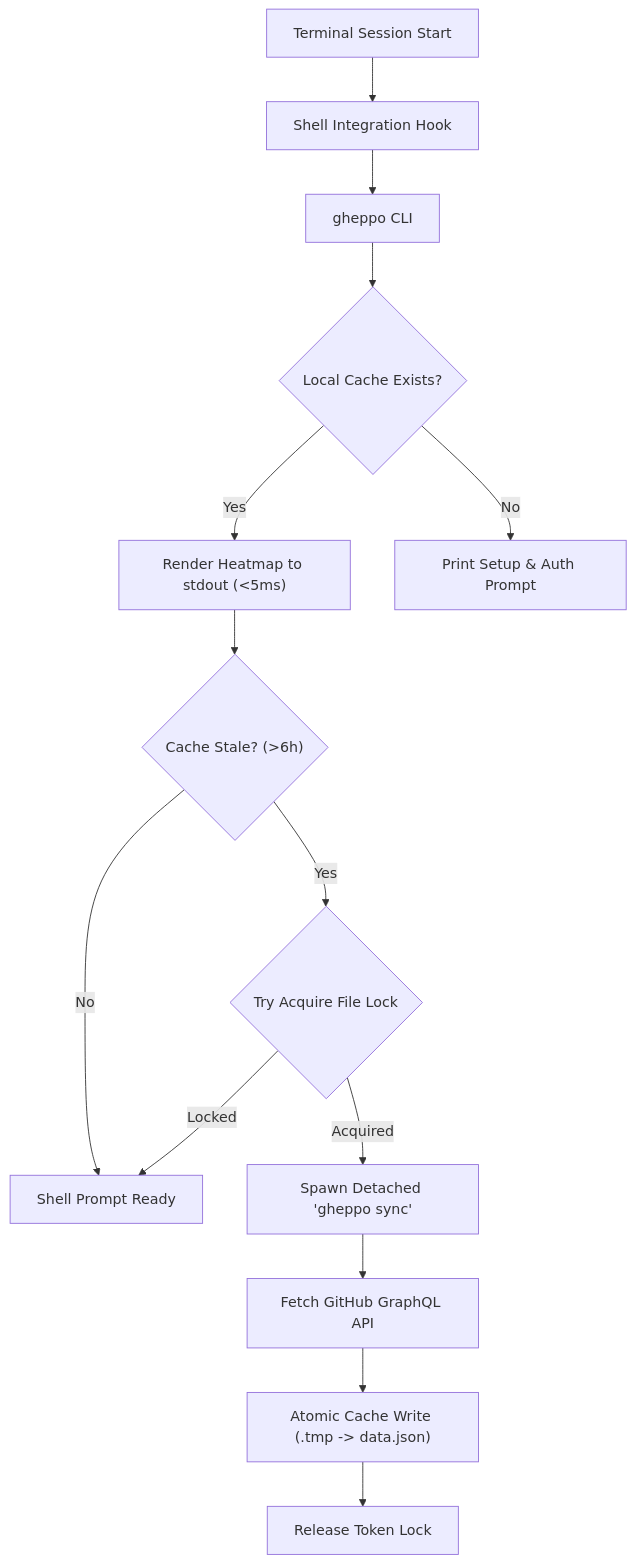
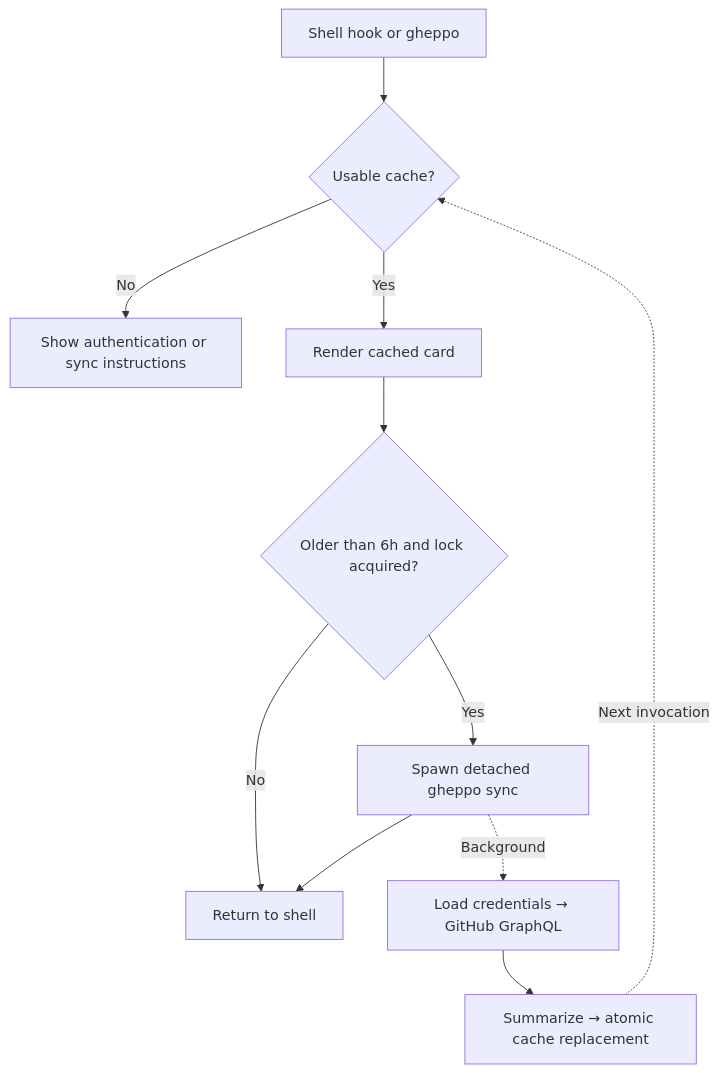
One commit to dexisback/gheppo changed the diagram in README.md. Above: the diagram before and after it, drawn with Mermaid. The commit also changed other lines of this file and 13 other files, not shown here.

````diff
--- a/README.md
+++ b/README.md
@@ -25,16 +27,13 @@
 ```mermaid
 flowchart TD
-    A["Terminal Session Start"] --> B["Shell Integration Hook"]
-    B --> C["gheppo CLI"]
-    C --> D{"Local Cache Exists?"}
-    D -- "Yes" --> E["Render Heatmap to stdout (<5ms)"]
-    E --> F{"Cache Stale? (>6h)"}
-    F -- "No" --> G["Shell Prompt Ready"]
-    F -- "Yes" --> H{"Try Acquire File Lock"}
-    H -- "Acquired" --> I["Spawn Detached 'gheppo sync'"]
-    H -- "Locked" --> G
-    I --> J["Fetch GitHub GraphQL API"]
-    J --> K["Atomic Cache Write (.tmp -> data.json)"]
-    K --> L["Release Token Lock"]
-    D -- "No" --> M["Print Setup & Auth Prompt"]
+    CLI["Shell hook or gheppo"] --> Cache{"Usable cache?"}
+    Cache -- No --> Setup["Show authentication or sync instructions"]
+    Cache -- Yes --> Render["Render cached card"]
+    Render --> Gate{"Older than 6h and lock acquired?"}
+    Gate -- No --> Exit["Return to shell"]
+    Gate -- Yes --> Spawn["Spawn detached gheppo sync"]
+    Spawn --> Exit
+    Spawn -. Background .-> Fetch["Load credentials → GitHub GraphQL"]
+    Fetch --> Save["Summarize → atomic cache replacement"]
+    Save -. "Next invocation" .-> Cache
 ```
````
